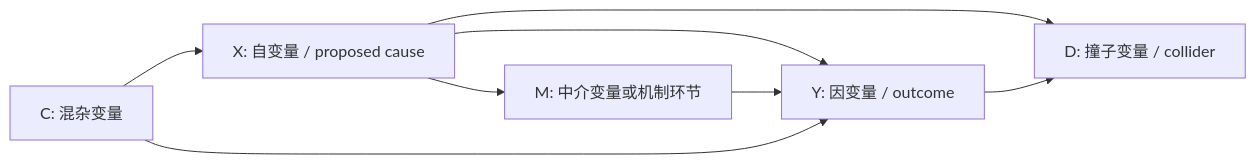
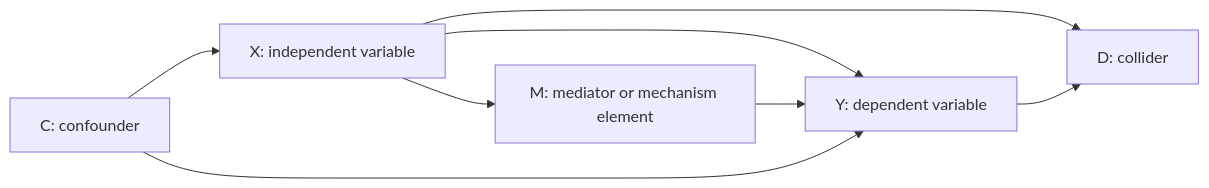
The diagram in references/causal-explanation.md (Y02-26/ir-research-architect-skill), drawn with Mermaid before and after one commit. The commit also changed other lines of this file and 12 other files, not shown here.

````diff
--- a/references/causal-explanation.md
+++ b/references/causal-explanation.md
@@ -179,10 +90,10 @@
 ```mermaid
 flowchart LR
-  X["X: 自变量 / proposed cause"] --> Y["Y: 因变量 / outcome"]
-  X --> M["M: 中介变量或机制环节"]
+  X["X: independent variable"] --> Y["Y: dependent variable"]
+  X --> M["M: mediator or mechanism element"]
   M --> Y
-  C["C: 混杂变量"] --> X
+  C["C: confounder"] --> X
   C --> Y
-  X --> D["D: 撞子变量 / collider"]
+  X --> D["D: collider"]
   Y --> D
 ```
````
